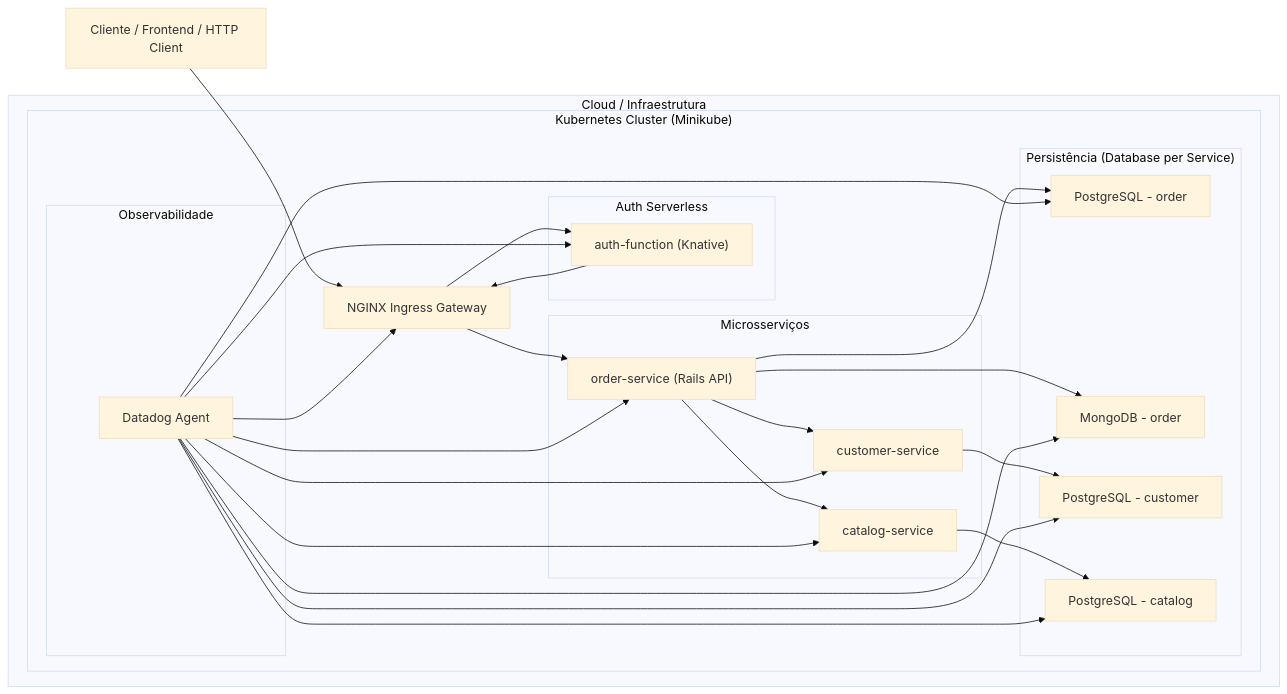
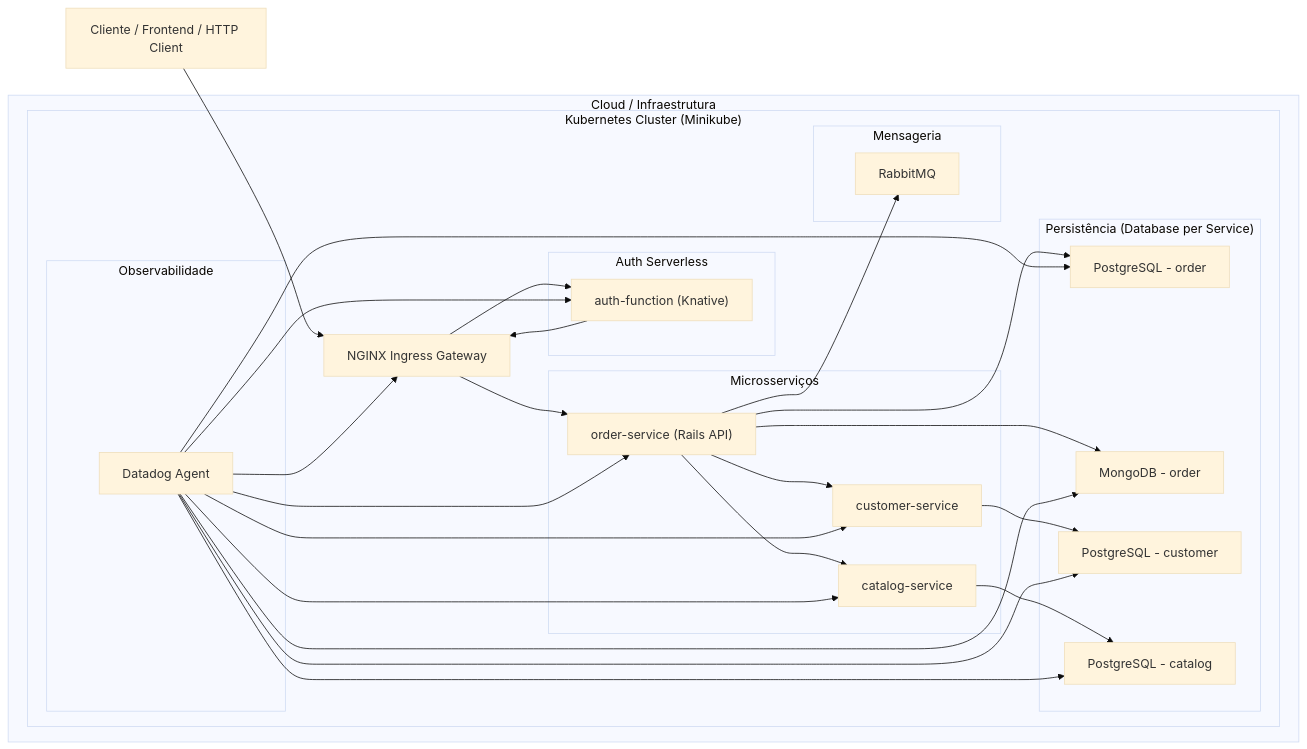
Before and after one commit to gabriel-murakami/workshop: the second of 3 diagrams in README.md, drawn with Mermaid (base theme). The commit also changed other lines of this file and 4 other files, not shown here.

````diff
--- a/README.md
+++ b/README.md
@@ -199,61 +202,68 @@
 ```mermaid
 flowchart LR
     subgraph Cloud["Cloud / Infraestrutura"]
         subgraph K8s["Kubernetes Cluster (Minikube)"]
             NGINX["NGINX Ingress Gateway"]
 
             subgraph Auth["Auth Serverless"]
                 AUTH["auth-function (Knative)"]
             end
 
             subgraph Services["Microsserviços"]
                 ORDER["order-service (Rails API)"]
                 CUSTOMER["customer-service"]
                 CATALOG["catalog-service"]
+            end
+
+            subgraph Messaging["Mensageria"]
+                RABBIT["RabbitMQ"]
             end
 
             subgraph DB["Persistência (Database per Service)"]
                 DB_ORDER_PG["PostgreSQL - order"]
                 DB_ORDER_MONGO["MongoDB - order"]
                 DB_CUSTOMER["PostgreSQL - customer"]
                 DB_CATALOG["PostgreSQL - catalog"]
             end
 
             subgraph Obs["Observabilidade"]
                 DD["Datadog Agent"]
             end
         end
     end
 
     Client["Cliente / Frontend / HTTP Client"]
 
     %% Entrada
     Client --> NGINX
 
     %% Auth apenas no order-service
     NGINX --> AUTH
     AUTH --> NGINX
     NGINX --> ORDER
 
-    %% Comunicação interna
+    %% Comunicação síncrona
     ORDER --> CUSTOMER
     ORDER --> CATALOG
+
+    %% Comunicação assíncrona (eventos)
+    ORDER --> RABBIT
 
     %% Bancos
     ORDER --> DB_ORDER_PG
     ORDER --> DB_ORDER_MONGO
     CUSTOMER --> DB_CUSTOMER
     CATALOG --> DB_CATALOG
 
     %% Observabilidade
     DD --> NGINX
     DD --> AUTH
     DD --> ORDER
     DD --> CUSTOMER
     DD --> CATALOG
     DD --> DB_ORDER_PG
     DD --> DB_ORDER_MONGO
     DD --> DB_CUSTOMER
     DD --> DB_CATALOG
 
 ```
````
